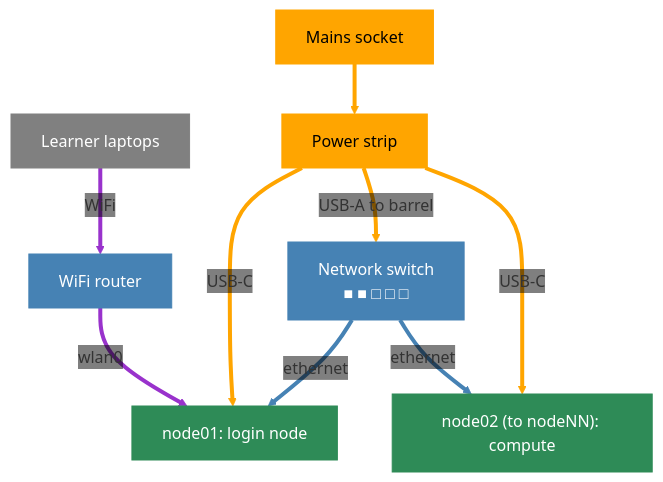
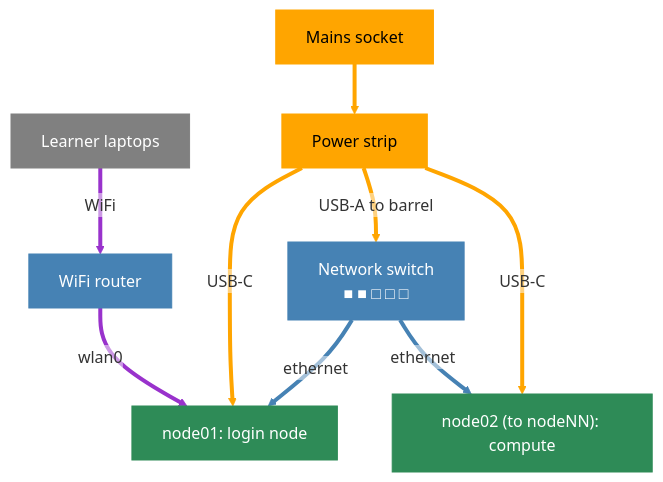
Before and after one commit to carpentriesoffline/Building_a_miniHPC_for_Training: the diagram in episodes/01-intro.md, drawn with Mermaid. The commit also changed other lines of this file, not shown here.

Commit message:
Update init section and set mermaid edge label background to 0 alpha (transparent) (towards #11)

````diff
--- a/episodes/01-intro.md
+++ b/episodes/01-intro.md
@@ -74,24 +78,24 @@
 ```mermaid
-%%{init: {"themeVariables": {"edgeLabelBackground": "transparent"}} }%%
+%%{init: {"themeVariables": {"edgeLabelBackground": "#ffffff00"}} }%%
 graph TD
     Mains[Mains socket] --> PSU[Power strip]
     PSU -->|USB-A to barrel| Switch["Network switch<br/>■ ■ □ □ □"]
     Switch -->|ethernet| node01
     PSU -->|USB-C| node01["node01: login node"]
     PSU -->|USB-C| nodeN["node02 (to nodeNN): compute"]
     Switch -->|ethernet| nodeN
     Router[WiFi router] -->|wlan0| node01
     Laptops[Learner laptops] -->|WiFi| Router
 
     style Mains   fill:orange, stroke:orange, color:black
     style PSU     fill:orange, stroke:orange, color:black
     style Switch  fill:steelblue, stroke:steelblue, color:white
     style Router  fill:steelblue, stroke:steelblue, color:white
     style node01  fill:seagreen, stroke:seagreen, color:white
     style nodeN   fill:seagreen, stroke:seagreen, color:white
     style Laptops fill:gray, stroke:gray, color:white
 
     linkStyle 0,1,3,4 stroke:orange, stroke-width:4px
     linkStyle 2,5     stroke:steelblue, stroke-width:4px
     linkStyle 6,7     stroke:darkorchid, stroke-width:4px
 ```
````
